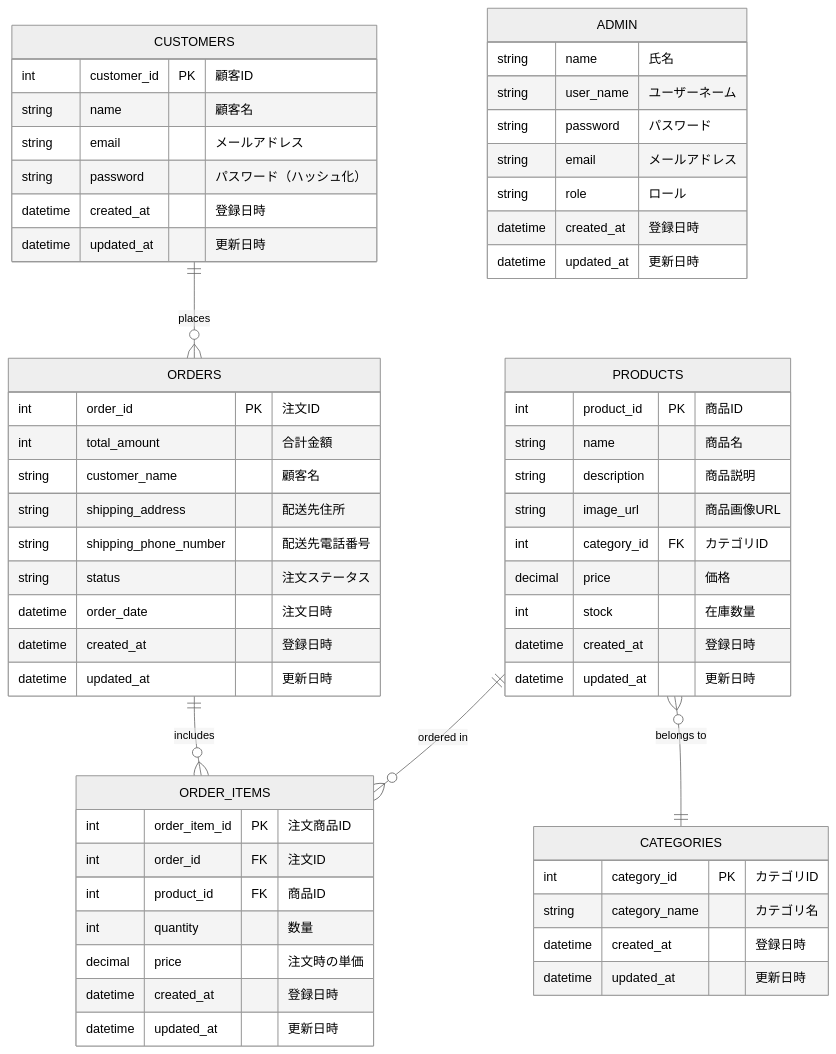
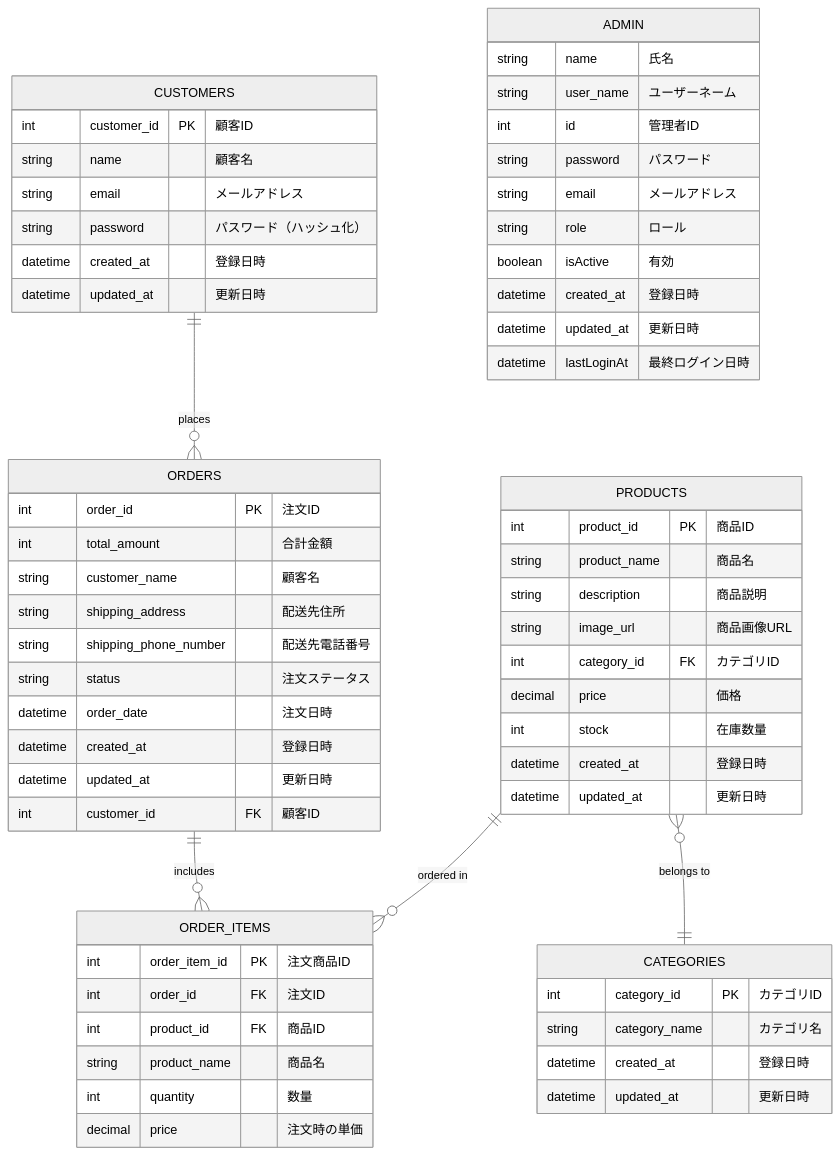
Diagram 12 of 13 in 詳細設計書/詳細設計書.md (Rikumt12/Popcorn), drawn with Mermaid (neutral theme) before and after one commit. The commit also changed other lines of this file and 1 other file, not shown here.

````diff
--- a/詳細設計書/詳細設計書.md
+++ b/詳細設計書/詳細設計書.md
@@ -1085,63 +1096,67 @@
 ```mermaid
 
 erDiagram
     CUSTOMERS ||--o{ ORDERS : "places"
     PRODUCTS }o--|| CATEGORIES : "belongs to"
     ORDERS ||--o{ ORDER_ITEMS : "includes"
     PRODUCTS ||--o{ ORDER_ITEMS : "ordered in"
 
     CUSTOMERS {
         int customer_id PK "顧客ID"
         string name "顧客名"
         string email "メールアドレス"
         string password "パスワード（ハッシュ化）"
         datetime created_at "登録日時"
         datetime updated_at "更新日時"
     }
     PRODUCTS {
         int product_id PK "商品ID"
-        string name "商品名"
+        string product_name "商品名"
         string description "商品説明"
         string image_url "商品画像URL"
         int category_id FK "カテゴリID"
         decimal price "価格"
         int stock "在庫数量"
         datetime created_at "登録日時"
         datetime updated_at "更新日時"
     }
     CATEGORIES {
         int category_id PK "カテゴリID"
         string category_name "カテゴリ名"
         datetime created_at "登録日時"
         datetime updated_at "更新日時"
     }
     ORDERS {
         int order_id PK "注文ID"
         int total_amount "合計金額"
         string customer_name "顧客名"
         string shipping_address "配送先住所"
         string shipping_phone_number "配送先電話番号"
         string status "注文ステータス"
         datetime order_date "注文日時"
         datetime created_at "登録日時"
         datetime updated_at "更新日時"
+        int customer_id FK "顧客ID"
     }
     ORDER_ITEMS {
         int order_item_id PK "注文商品ID"
         int order_id FK "注文ID"
         int product_id FK "商品ID"
+        string product_name "商品名"
         int quantity "数量"
         decimal price "注文時の単価"
-        datetime created_at "登録日時"
-        datetime updated_at "更新日時"
+
     }
     ADMIN {
         string name "氏名"
         string user_name "ユーザーネーム"
+        int id "管理者ID"
         string password "パスワード"
         string email "メールアドレス"
         string role "ロール"
+        boolean isActive "有効"
         datetime created_at "登録日時"
         datetime updated_at "更新日時"
+        datetime lastLoginAt "最終ログイン日時"
     }
 ```
````
